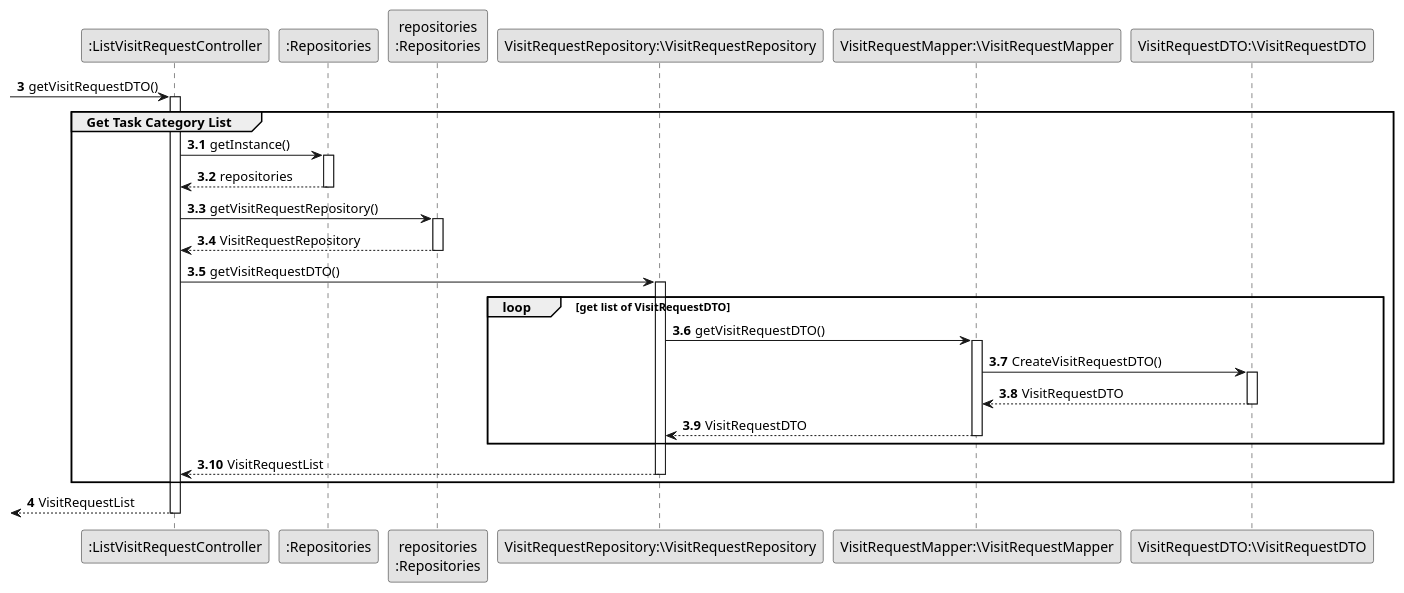
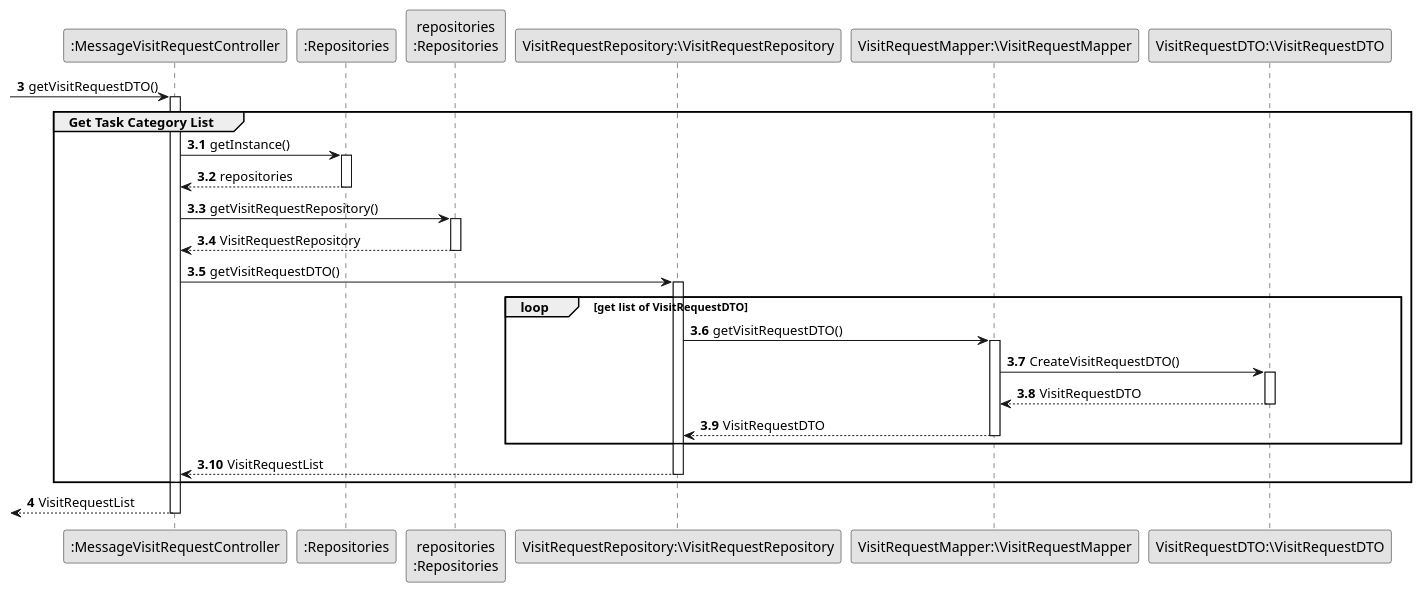
The diagram in lei-22-s2-1do-g68/docs/SprintD/us016/03.design/puml/us016-sequence-diagram-partial-get-Boking-Request-list.puml (hugosilva2901/lei-22-s2-1DO-g68), drawn with PlantUML before and after one commit. The commit also changed 4 other files, not shown here.

```diff
--- a/lei-22-s2-1do-g68/docs/SprintD/us016/03.design/puml/us016-sequence-diagram-partial-get-Boking-Request-list.puml
+++ b/lei-22-s2-1do-g68/docs/SprintD/us016/03.design/puml/us016-sequence-diagram-partial-get-Boking-Request-list.puml
@@ -1,58 +1,58 @@
 @startuml
 skinparam monochrome true
 skinparam packageStyle rectangle
 skinparam shadowing false
 
 autonumber
 
 'hide footbox
 
-participant ":ListVisitRequestController" as CTRL
+participant ":MessageVisitRequestController" as CTRL
 participant ":Repositories" as RepositorySingleton
 participant "repositories\n:Repositories" as PLAT
 participant "VisitRequestRepository:\VisitRequestRepository" as VisitRequestRepository
 participant "VisitRequestMapper:\VisitRequestMapper" as Mapper
 participant "VisitRequestDTO:\VisitRequestDTO" as DTO
 
 autonumber 3
 
  -> CTRL : getVisitRequestDTO()
 autonumber 3.1
 activate CTRL
     group Get Task Category List
 
             CTRL -> RepositorySingleton : getInstance()
             activate RepositorySingleton
 
                 RepositorySingleton --> CTRL: repositories
             deactivate RepositorySingleton
 
             CTRL -> PLAT : getVisitRequestRepository()
             activate PLAT
 
                 PLAT --> CTRL: VisitRequestRepository
             deactivate PLAT
 
             CTRL -> VisitRequestRepository : getVisitRequestDTO()
             loop get list of VisitRequestDTO
             activate VisitRequestRepository
               VisitRequestRepository->Mapper:getVisitRequestDTO()
             activate Mapper
 
             Mapper->DTO:CreateVisitRequestDTO()
 
             activate DTO
             DTO-->Mapper:VisitRequestDTO
             deactivate DTO
             Mapper-->VisitRequestRepository:VisitRequestDTO
             deactivate Mapper
             end
                 VisitRequestRepository --> CTRL : VisitRequestList
             deactivate VisitRequestRepository
 
     end
     autonumber 4
     <-- CTRL  : VisitRequestList
 deactivate CTRL
 
 @enduml
```
